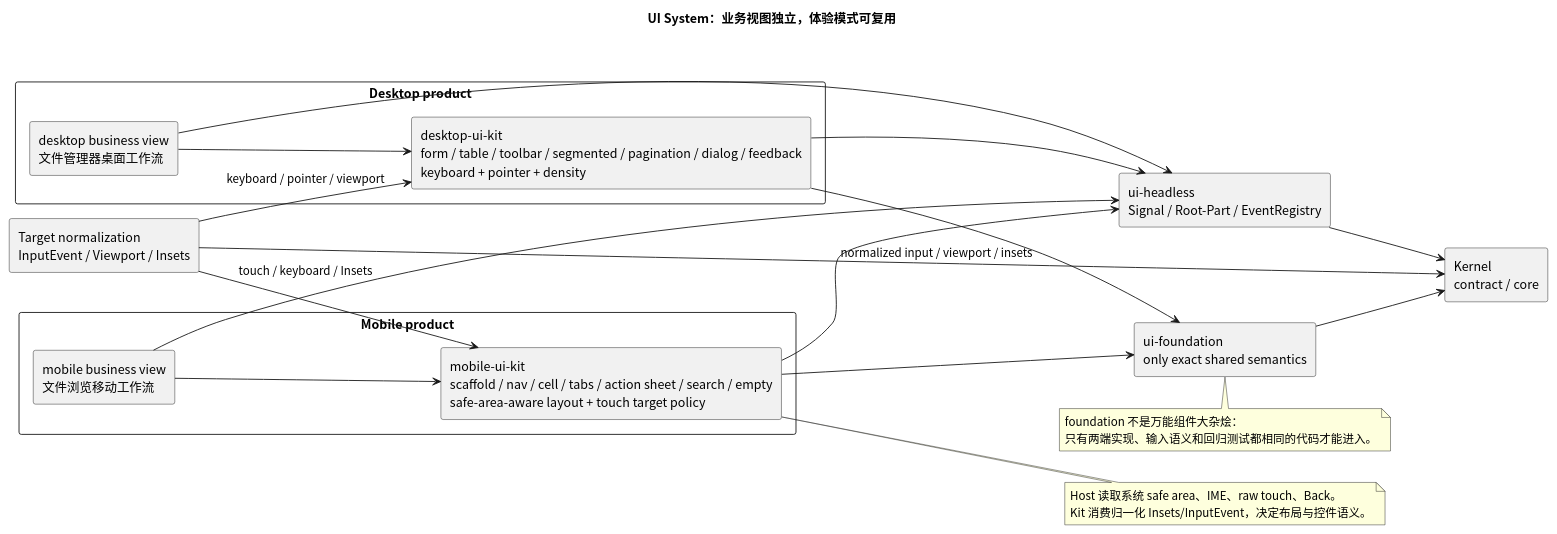
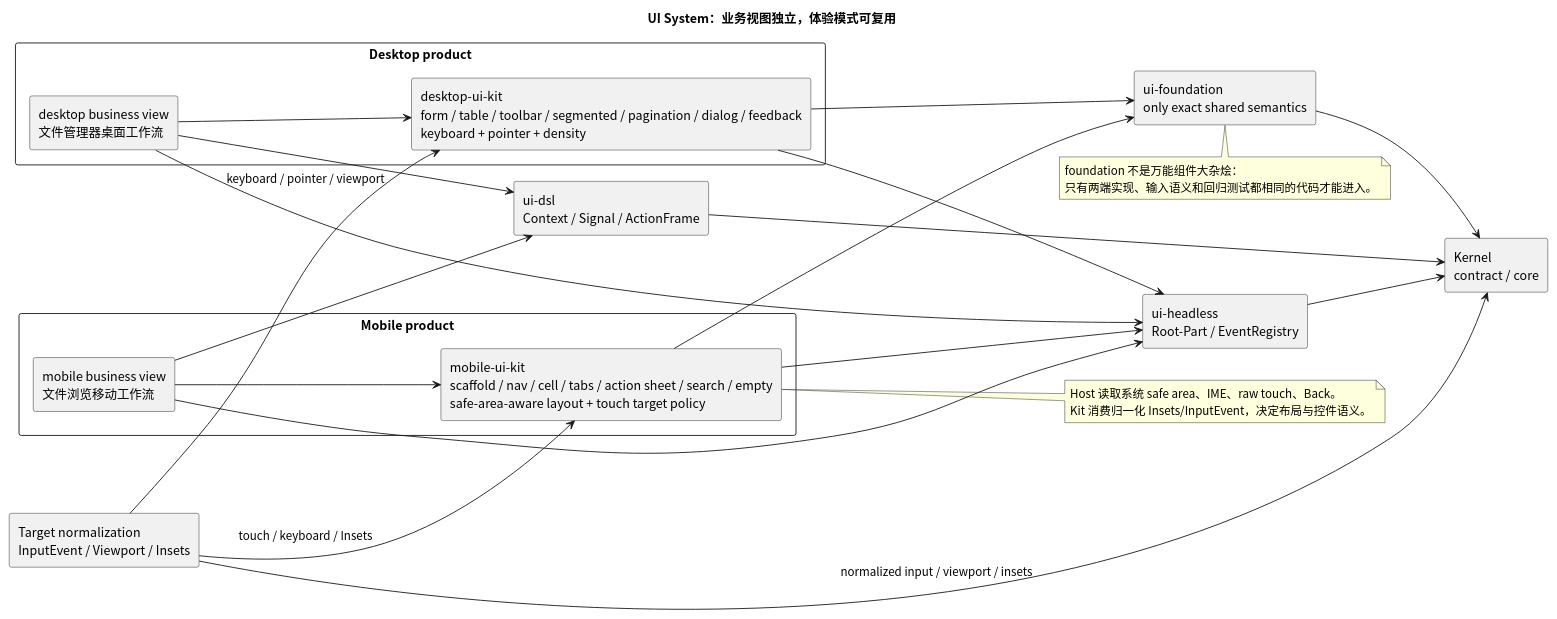
One commit to nyml2003/tela changed the fourth of 10 diagrams in docs/026-架构迭代方案.md. Above: the diagram before and after it, drawn with PlantUML. The commit also changed other lines of this file and 98 other files, not shown here.

First line of the commit message:
Add application composition DSL and frame provenance

````diff
--- a/docs/026-架构迭代方案.md
+++ b/docs/026-架构迭代方案.md
@@ -299,49 +303,53 @@
 ```plantuml
 @startuml
 title UI System：业务视图独立，体验模式可复用
 left to right direction
 skinparam shadowing false
 skinparam defaultFontName "Noto Sans CJK SC"
 skinparam packageStyle rectangle
 skinparam componentStyle rectangle
 
 package "Desktop product" {
   component "desktop business view\n文件管理器桌面工作流" as desktop_view
   component "desktop-ui-kit\nform / table / toolbar / segmented / pagination / dialog / feedback\nkeyboard + pointer + density" as desktop_kit
 }
 
 package "Mobile product" {
   component "mobile business view\n文件浏览移动工作流" as mobile_view
   component "mobile-ui-kit\nscaffold / nav / cell / tabs / action sheet / search / empty\nsafe-area-aware layout + touch target policy" as mobile_kit
 }
 
 component "ui-foundation\nonly exact shared semantics" as foundation
-component "ui-headless\nSignal / Root-Part / EventRegistry" as headless
+component "ui-dsl\nContext / Signal / ActionFrame" as dsl
+component "ui-headless\nRoot-Part / EventRegistry" as headless
 component "Kernel\ncontract / core" as kernel
 component "Target normalization\nInputEvent / Viewport / Insets" as normalized
 
 desktop_view --> desktop_kit
 mobile_view --> mobile_kit
+desktop_view --> dsl
+mobile_view --> dsl
 desktop_view --> headless
 mobile_view --> headless
 desktop_kit --> headless
 mobile_kit --> headless
 desktop_kit --> foundation
 mobile_kit --> foundation
+dsl --> kernel
 headless --> kernel
 foundation --> kernel
 normalized --> kernel : normalized input / viewport / insets
 normalized --> desktop_kit : keyboard / pointer / viewport
 normalized --> mobile_kit : touch / keyboard / Insets
 
 note bottom of foundation
 foundation 不是万能组件大杂烩：
 只有两端实现、输入语义和回归测试都相同的代码才能进入。
 end note
 
 note right of mobile_kit
 Host 读取系统 safe area、IME、raw touch、Back。
 Kit 消费归一化 Insets/InputEvent，决定布局与控件语义。
 end note
 @enduml
 ```
````
